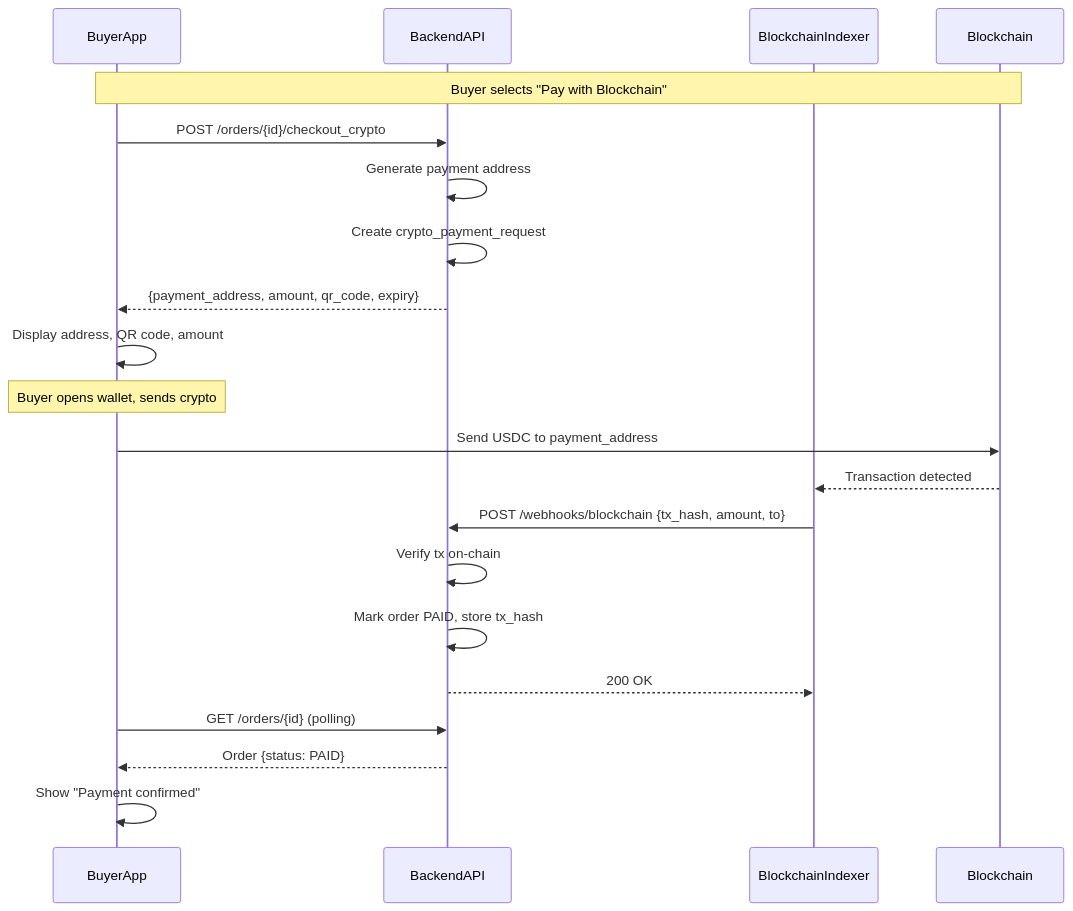
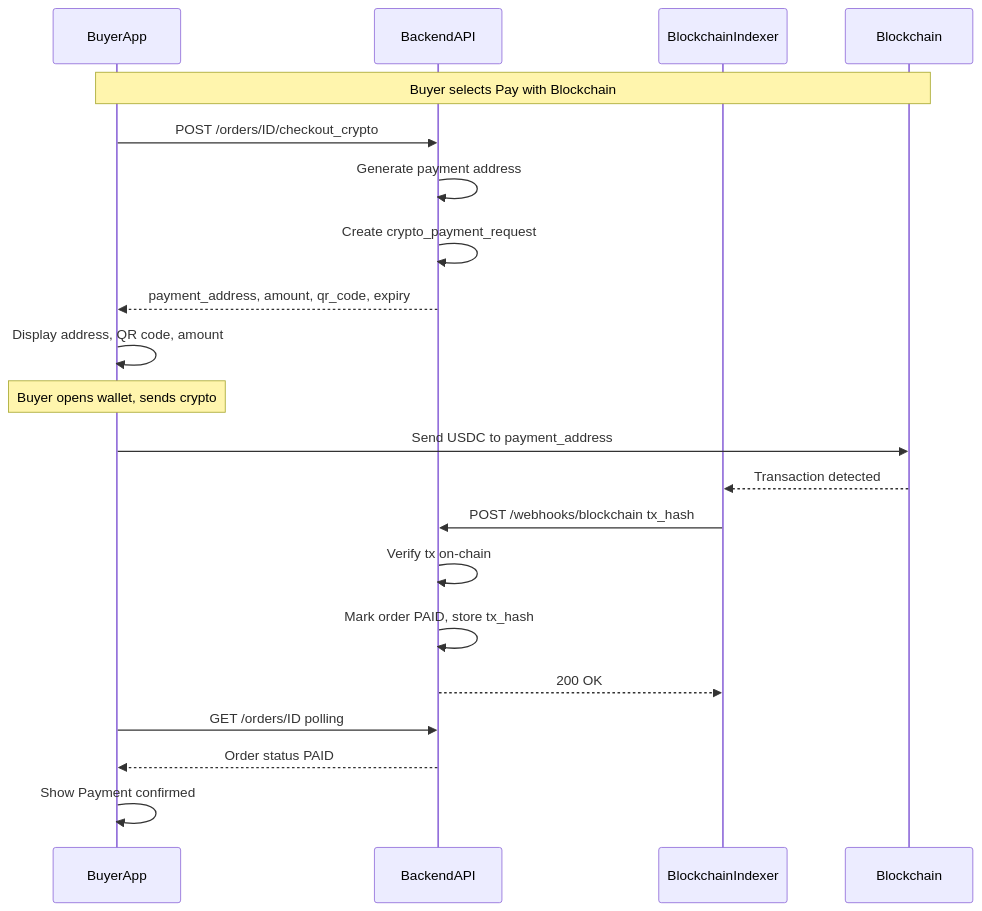
The first of 6 diagrams in phase2_architecture.md (Lumixions/interview), drawn with Mermaid before and after one commit. The commit also changed other lines of this file, not shown here.

````diff
--- a/phase2_architecture.md
+++ b/phase2_architecture.md
@@ -5,29 +5,29 @@
 ```mermaid
 sequenceDiagram
   participant Buyer as BuyerApp
   participant Api as BackendAPI
   participant Indexer as BlockchainIndexer
   participant Chain as Blockchain
 
-  Note over Buyer,Chain: Buyer selects "Pay with Blockchain"
+  Note over Buyer,Chain: Buyer selects Pay with Blockchain
   
-  Buyer->>Api: POST /orders/{id}/checkout_crypto
+  Buyer->>Api: POST /orders/ID/checkout_crypto
   Api->>Api: Generate payment address
   Api->>Api: Create crypto_payment_request
-  Api-->>Buyer: {payment_address, amount, qr_code, expiry}
+  Api-->>Buyer: payment_address, amount, qr_code, expiry
   
   Buyer->>Buyer: Display address, QR code, amount
   Note over Buyer: Buyer opens wallet, sends crypto
   
   Buyer->>Chain: Send USDC to payment_address
   Chain-->>Indexer: Transaction detected
   
-  Indexer->>Api: POST /webhooks/blockchain {tx_hash, amount, to}
+  Indexer->>Api: POST /webhooks/blockchain tx_hash
   Api->>Api: Verify tx on-chain
   Api->>Api: Mark order PAID, store tx_hash
   Api-->>Indexer: 200 OK
   
-  Buyer->>Api: GET /orders/{id} (polling)
-  Api-->>Buyer: Order {status: PAID}
-  Buyer->>Buyer: Show "Payment confirmed"
+  Buyer->>Api: GET /orders/ID polling
+  Api-->>Buyer: Order status PAID
+  Buyer->>Buyer: Show Payment confirmed
 ```
````
